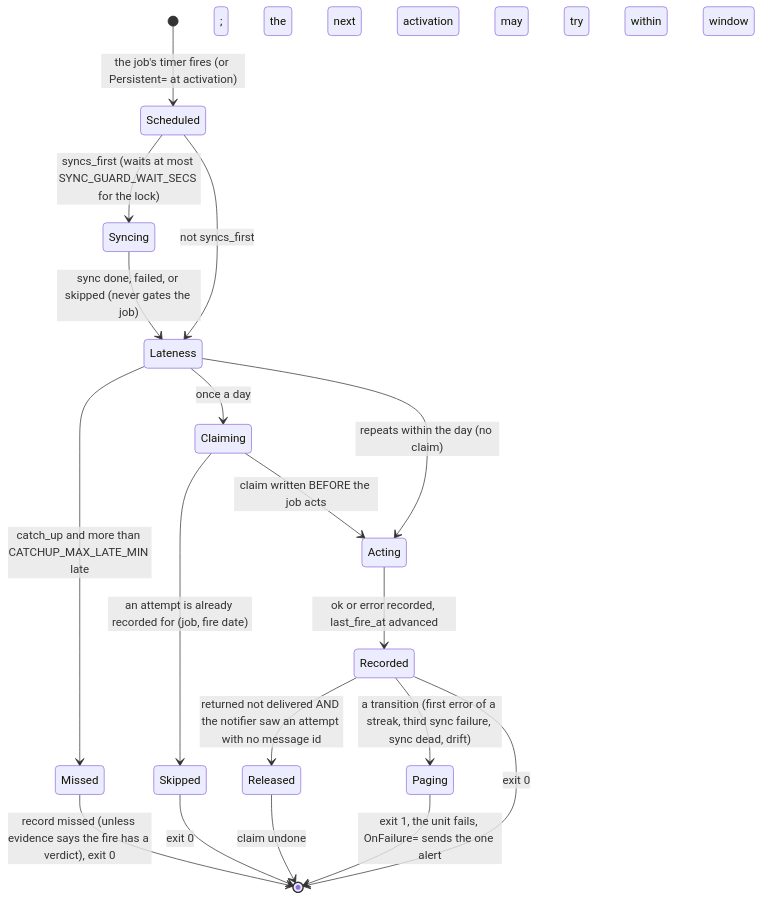
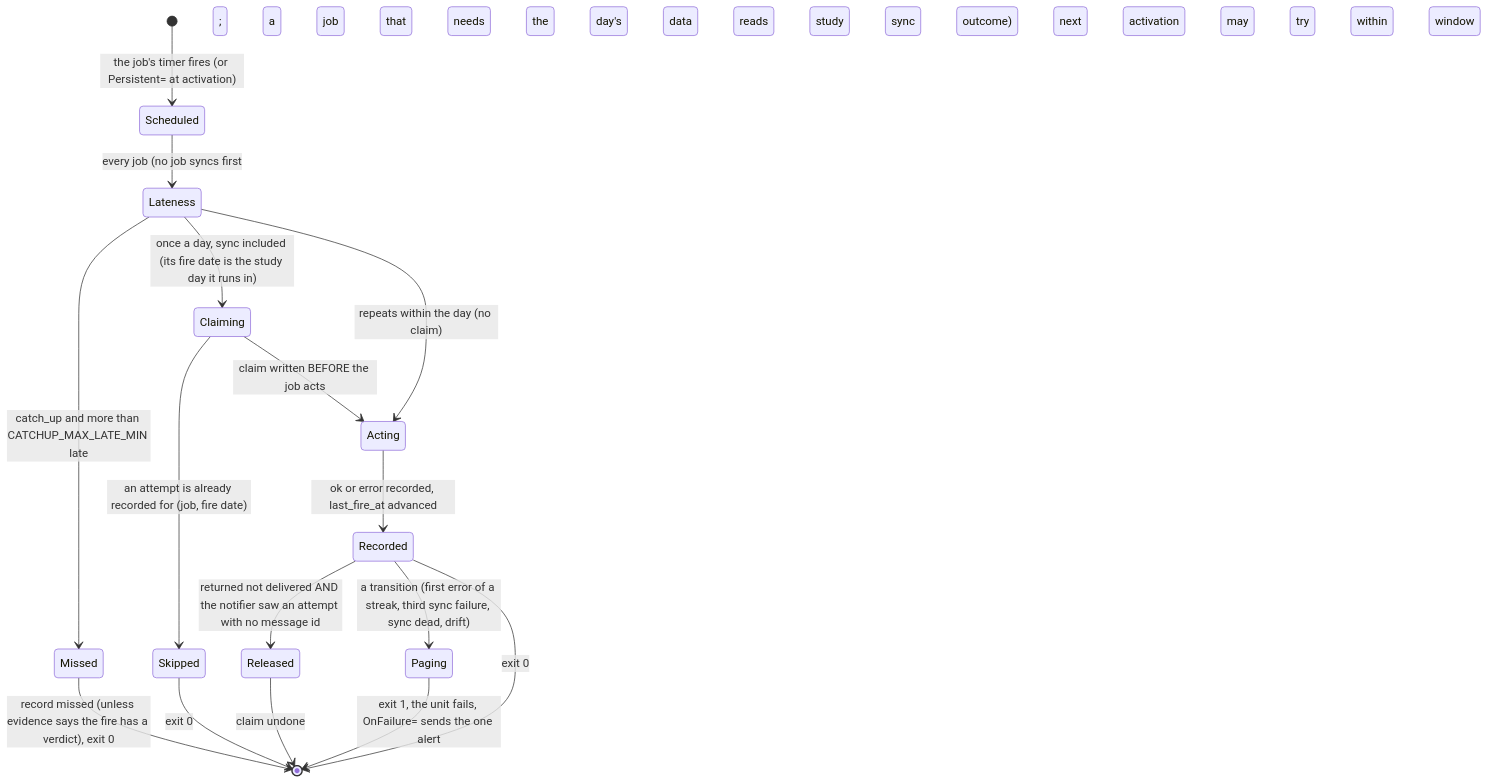
The diagram in docs/schematics/cron-fire-ledger-and-catch-up.md (RexRenatus/deck-streak), drawn with Mermaid before and after one commit. The commit also changed other lines of this file and 30 other files, not shown here.

````diff
--- a/docs/schematics/cron-fire-ledger-and-catch-up.md
+++ b/docs/schematics/cron-fire-ledger-and-catch-up.md
@@ -9,20 +10,18 @@
 ```mermaid
 stateDiagram-v2
   [*] --> Scheduled: the job's timer fires (or Persistent= at activation)
-  Scheduled --> Syncing: syncs_first (waits at most SYNC_GUARD_WAIT_SECS for the lock)
-  Scheduled --> Lateness: not syncs_first
-  Syncing --> Lateness: sync done, failed, or skipped (never gates the job)
+  Scheduled --> Lateness: every job (no job syncs first; a job that needs the day's data reads the study day's sync outcome)
   Lateness --> Missed: catch_up and more than CATCHUP_MAX_LATE_MIN late
   Missed --> [*]: record missed (unless evidence says the fire has a verdict), exit 0
-  Lateness --> Claiming: once a day
+  Lateness --> Claiming: once a day, sync included (its fire date is the study day it runs in)
   Lateness --> Acting: repeats within the day (no claim)
   Claiming --> Skipped: an attempt is already recorded for (job, fire date)
   Skipped --> [*]: exit 0
   Claiming --> Acting: claim written BEFORE the job acts
   Acting --> Recorded: ok or error recorded, last_fire_at advanced
   Recorded --> Released: returned not delivered AND the notifier saw an attempt with no message id
   Released --> [*]: claim undone; the next activation may try within the window
   Recorded --> Paging: a transition (first error of a streak, third sync failure, sync dead, drift)
   Paging --> [*]: exit 1, the unit fails, OnFailure= sends the one alert
   Recorded --> [*]: exit 0
 ```
````
